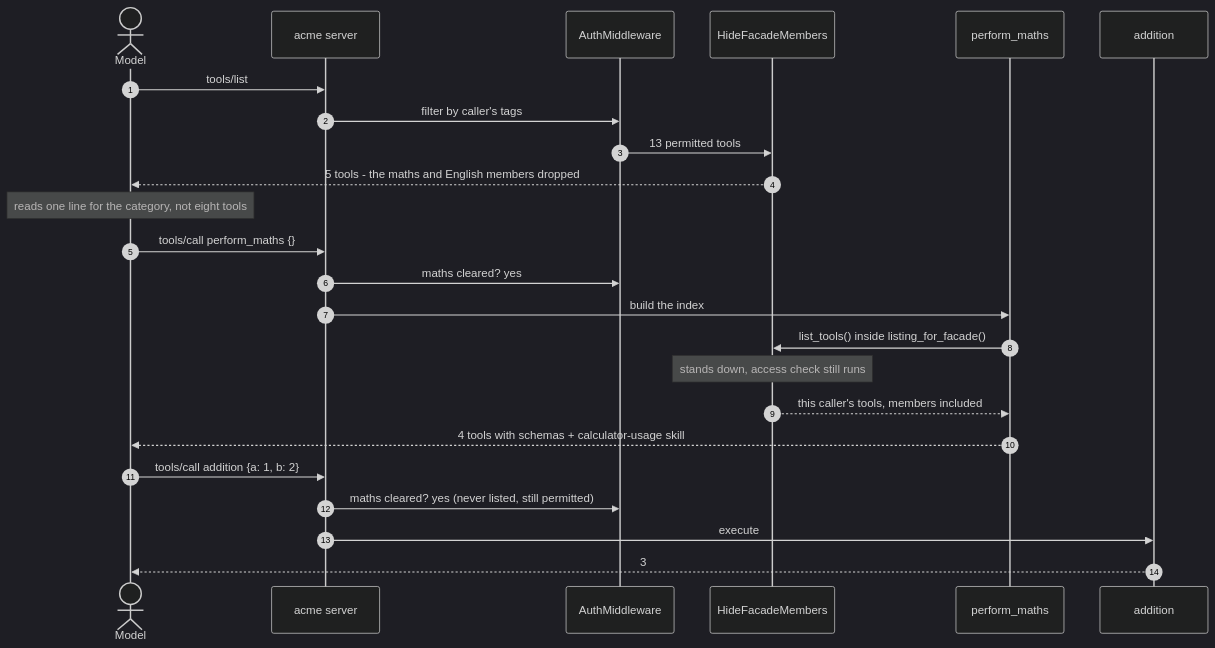
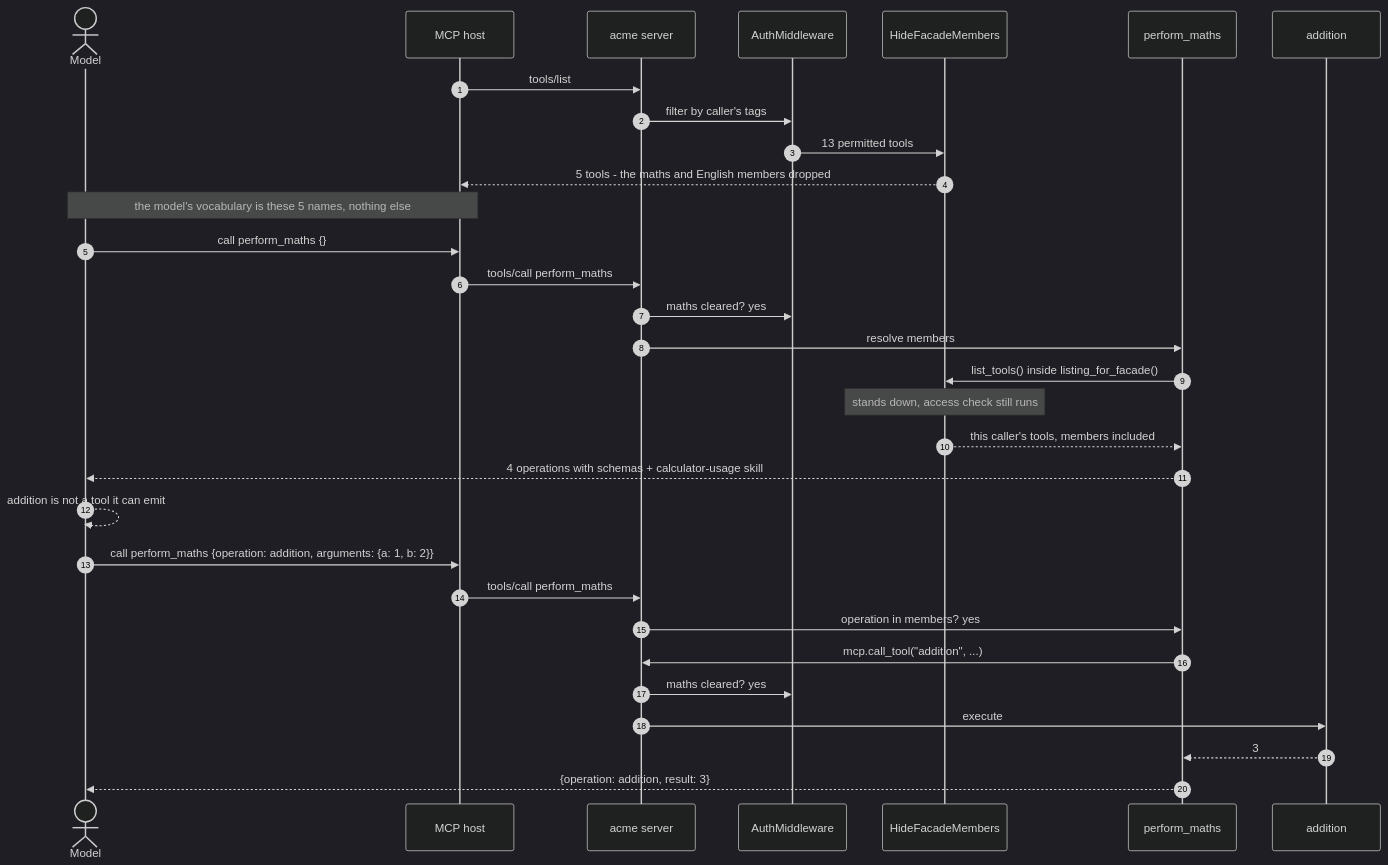
The second of 2 diagrams in docs/tool-grouping.md (MattJColes/acme-mcp), drawn with Mermaid (dark theme) before and after one commit. The commit also changed other lines of this file and 4 other files, not shown here.

````diff
--- a/docs/tool-grouping.md
+++ b/docs/tool-grouping.md
@@ -146,30 +172,38 @@
 ```mermaid
 sequenceDiagram
     autonumber
     actor m as Model
+    participant hst as MCP host
     participant s as acme server
     participant a as AuthMiddleware
     participant h as HideFacadeMembers
     participant f as perform_maths
     participant t as addition
 
-    m->>s: tools/list
+    hst->>s: tools/list
     s->>a: filter by caller's tags
     a->>h: 13 permitted tools
-    h-->>m: 5 tools - the maths and English members dropped
+    h-->>hst: 5 tools - the maths and English members dropped
 
-    note over m: reads one line for the category, not eight tools
+    note over hst,m: the model's vocabulary is these 5 names, nothing else
 
-    m->>s: tools/call perform_maths {}
+    m->>hst: call perform_maths {}
+    hst->>s: tools/call perform_maths
     s->>a: maths cleared? yes
-    s->>f: build the index
+    s->>f: resolve members
     f->>h: list_tools() inside listing_for_facade()
     note over h: stands down, access check still runs
     h-->>f: this caller's tools, members included
-    f-->>m: 4 tools with schemas + calculator-usage skill
+    f-->>m: 4 operations with schemas + calculator-usage skill
 
-    m->>s: tools/call addition {a: 1, b: 2}
-    s->>a: maths cleared? yes (never listed, still permitted)
+    m-->>m: addition is not a tool it can emit
+
+    m->>hst: call perform_maths {operation: addition, arguments: {a: 1, b: 2}}
+    hst->>s: tools/call perform_maths
+    s->>f: operation in members? yes
+    f->>s: mcp.call_tool("addition", ...)
+    s->>a: maths cleared? yes
     s->>t: execute
-    t-->>m: 3
+    t-->>f: 3
+    f-->>m: {operation: addition, result: 3}
 ```
````
